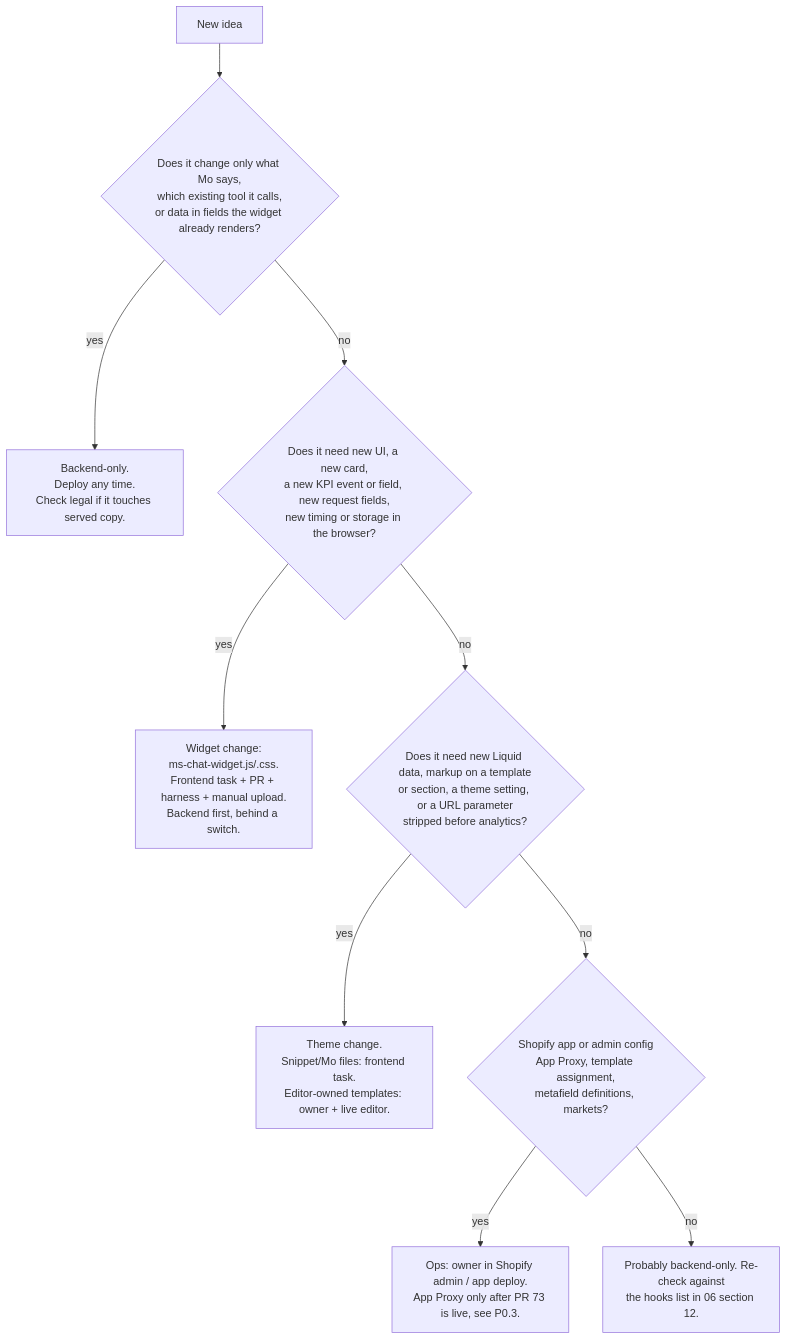
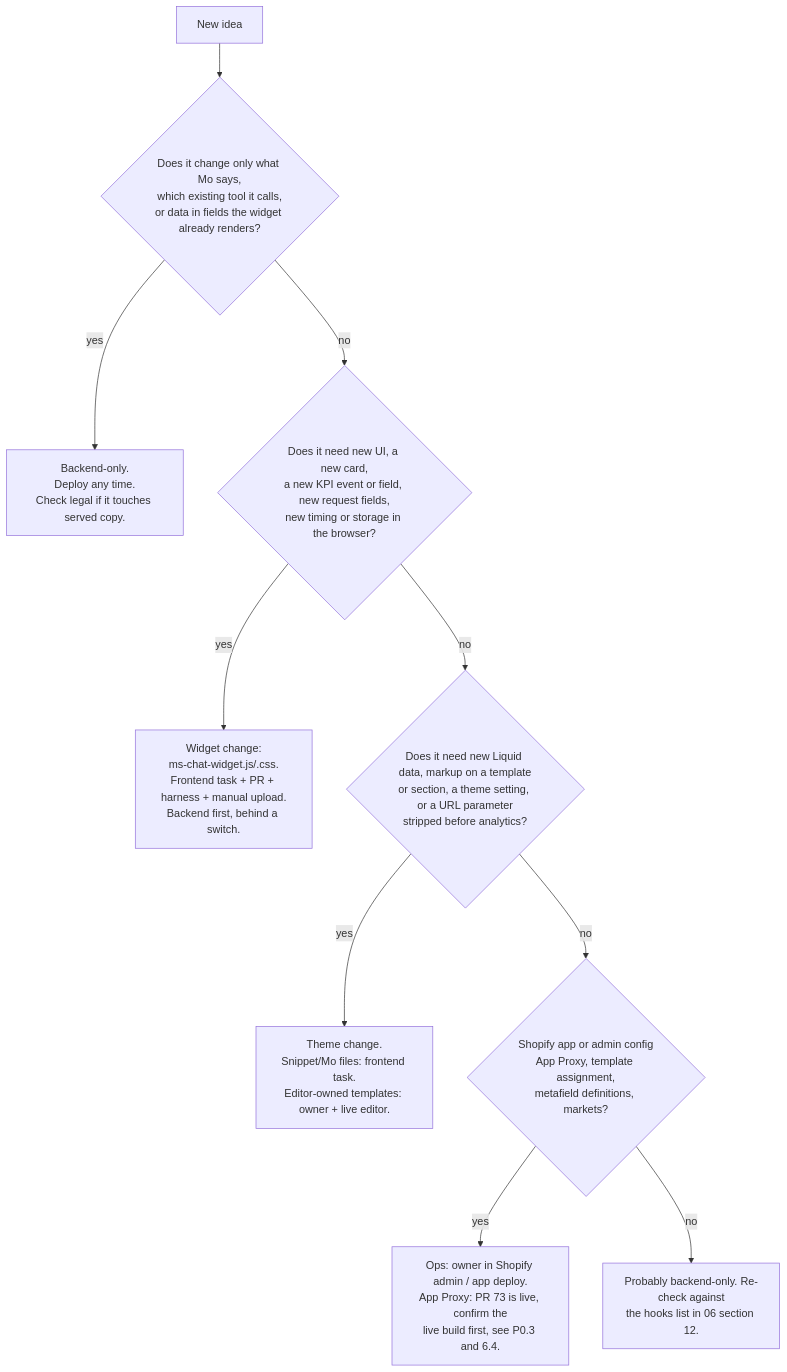
The diagram in docs/frontend/07-feature-and-kpi-playbook.md (MarcelKueck/ms_shopify_clone), drawn with Mermaid before and after one commit. The commit also changed other lines of this file and 1 other file, not shown here.

First line of the commit message:
docs/frontend: README + playbook reflect PR #73 live and the 8d0a0c4 fixes

````diff
--- a/docs/frontend/07-feature-and-kpi-playbook.md
+++ b/docs/frontend/07-feature-and-kpi-playbook.md
@@ -42,12 +42,12 @@
 ```mermaid
 flowchart TD
   A[New idea] --> B{Does it change only what Mo says,<br/>which existing tool it calls,<br/>or data in fields the widget already renders?}
   B -- yes --> BE[Backend-only.<br/>Deploy any time.<br/>Check legal if it touches served copy.]
   B -- no --> C{Does it need new UI, a new card,<br/>a new KPI event or field, new request fields,<br/>new timing or storage in the browser?}
   C -- yes --> W[Widget change:<br/>ms-chat-widget.js/.css.<br/>Frontend task + PR + harness + manual upload.<br/>Backend first, behind a switch.]
   C -- no --> D{Does it need new Liquid data, markup on a template<br/>or section, a theme setting, or a URL parameter<br/>stripped before analytics?}
   D -- yes --> T[Theme change.<br/>Snippet/Mo files: frontend task.<br/>Editor-owned templates: owner + live editor.]
   D -- no --> E{Shopify app or admin config<br/>App Proxy, template assignment,<br/>metafield definitions, markets?}
-  E -- yes --> O[Ops: owner in Shopify admin / app deploy.<br/>App Proxy only after PR 73 is live, see P0.3.]
+  E -- yes --> O[Ops: owner in Shopify admin / app deploy.<br/>App Proxy: PR 73 is live, confirm the<br/>live build first, see P0.3 and 6.4.]
   E -- no --> L[Probably backend-only. Re-check against<br/>the hooks list in 06 section 12.]
 ```
````
